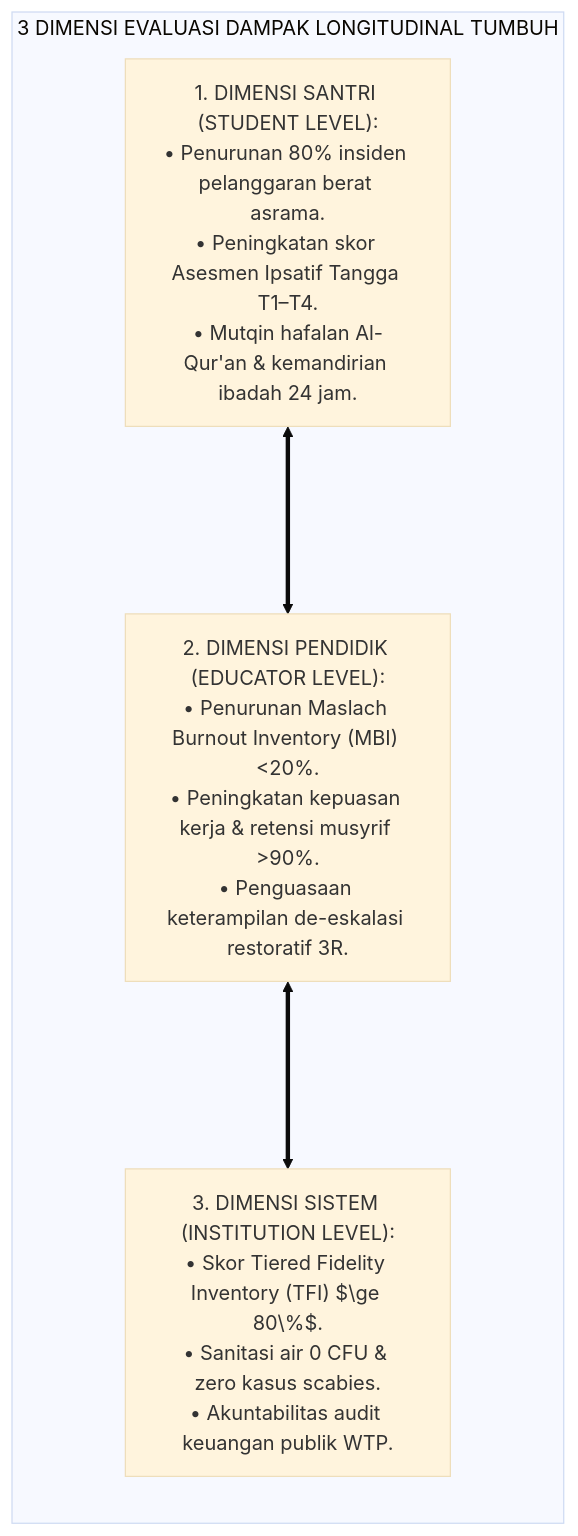
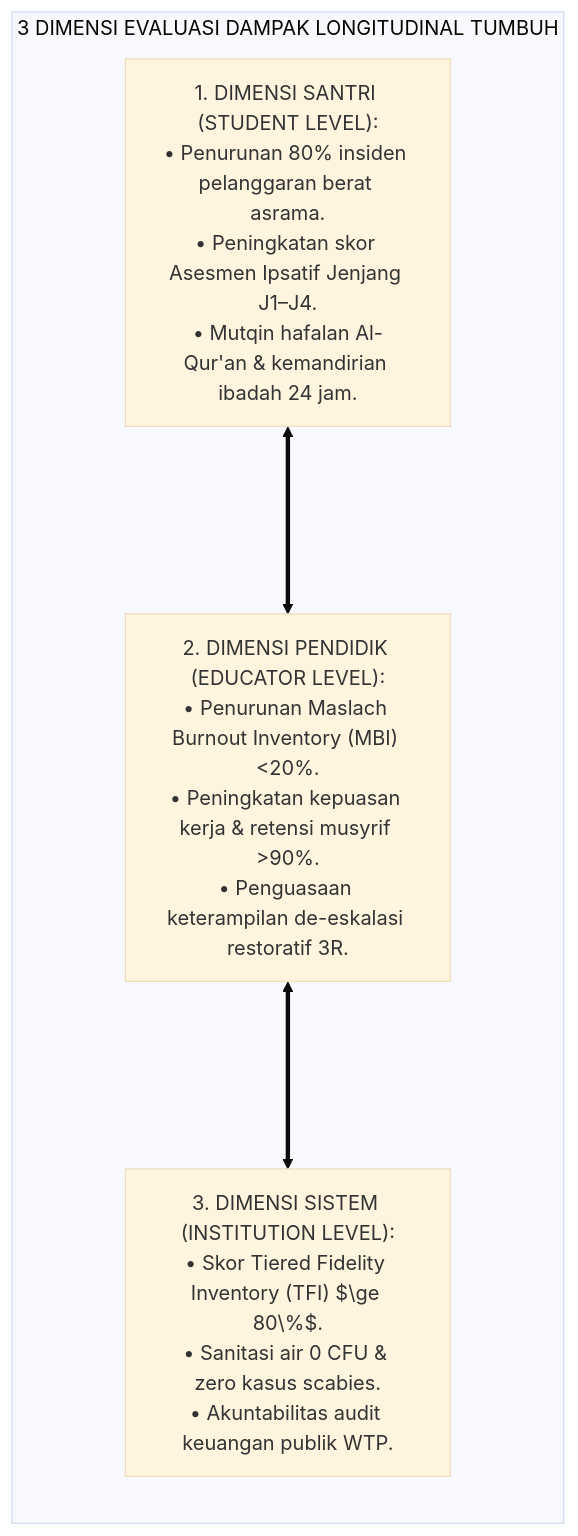
One commit to wandiapriliyandi/tumbuh changed the third of 4 diagrams in 01 Philosophy/06 Change/P1-06-06-Evaluasi-Dampak-Longitudinal-Transformasi-Pesantren.md. Above: the diagram before and after it, drawn with Mermaid (base theme). The commit also changed other lines of this file and 209 other files, not shown here.

````diff
--- a/01 Philosophy/06 Change/P1-06-06-Evaluasi-Dampak-Longitudinal-Transformasi-Pesantren.md
+++ b/01 Philosophy/06 Change/P1-06-06-Evaluasi-Dampak-Longitudinal-Transformasi-Pesantren.md
@@ -108,12 +108,12 @@
 ```mermaid
 graph LR
     subgraph TigaDimensiEvaluasiLongitudinal["3 DIMENSI EVALUASI DAMPAK LONGITUDINAL TUMBUH"]
-        D1["1. DIMENSI SANTRI (STUDENT LEVEL):<br/>• Penurunan 80% insiden pelanggaran berat asrama.<br/>• Peningkatan skor Asesmen Ipsatif Tangga T1–T4.<br/>• Mutqin hafalan Al-Qur'an & kemandirian ibadah 24 jam."]
+        D1["1. DIMENSI SANTRI (STUDENT LEVEL):<br/>• Penurunan 80% insiden pelanggaran berat asrama.<br/>• Peningkatan skor Asesmen Ipsatif Jenjang J1–J4.<br/>• Mutqin hafalan Al-Qur'an & kemandirian ibadah 24 jam."]
         
         D2["2. DIMENSI PENDIDIK (EDUCATOR LEVEL):<br/>• Penurunan Maslach Burnout Inventory (MBI) <20%.<br/>• Peningkatan kepuasan kerja & retensi musyrif >90%.<br/>• Penguasaan keterampilan de-eskalasi restoratif 3R."]
         
         D3["3. DIMENSI SISTEM (INSTITUTION LEVEL):<br/>• Skor Tiered Fidelity Inventory (TFI) $\ge 80\%$.<br/>• Sanitasi air 0 CFU & zero kasus scabies.<br/>• Akuntabilitas audit keuangan publik WTP."]
         
         D1 <===> D2 <===> D3
     end
 ```
````
